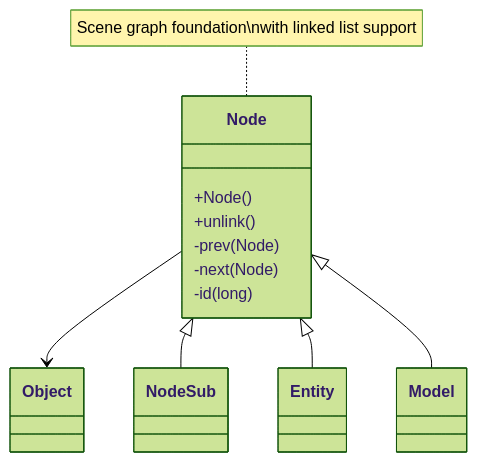
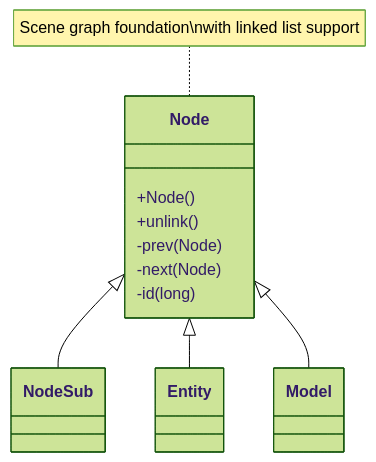
The diagram in bytecode/mapping/evidence/verified/Node_PKVMXVTO.md (daxxog/solmud), drawn with Mermaid (forest theme) before and after one commit. The commit also changed 19 other files, not shown here.

````diff
--- a/bytecode/mapping/evidence/verified/Node_PKVMXVTO.md
+++ b/bytecode/mapping/evidence/verified/Node_PKVMXVTO.md
@@ -17,14 +17,13 @@
 ```mermaid
 classDiagram
-    Node --> Object
     Node <|-- NodeSub
     Node <|-- Entity
     Node <|-- Model
     Node : +Node()
     Node : +unlink()
     Node : -prev (Node)
     Node : -next (Node)
     Node : -id (long)
     
     note for Node "Scene graph foundation\nwith linked list support"
 ```
````
